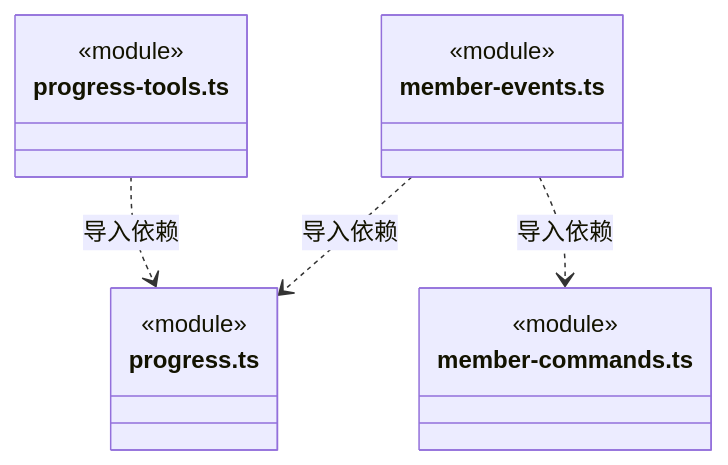
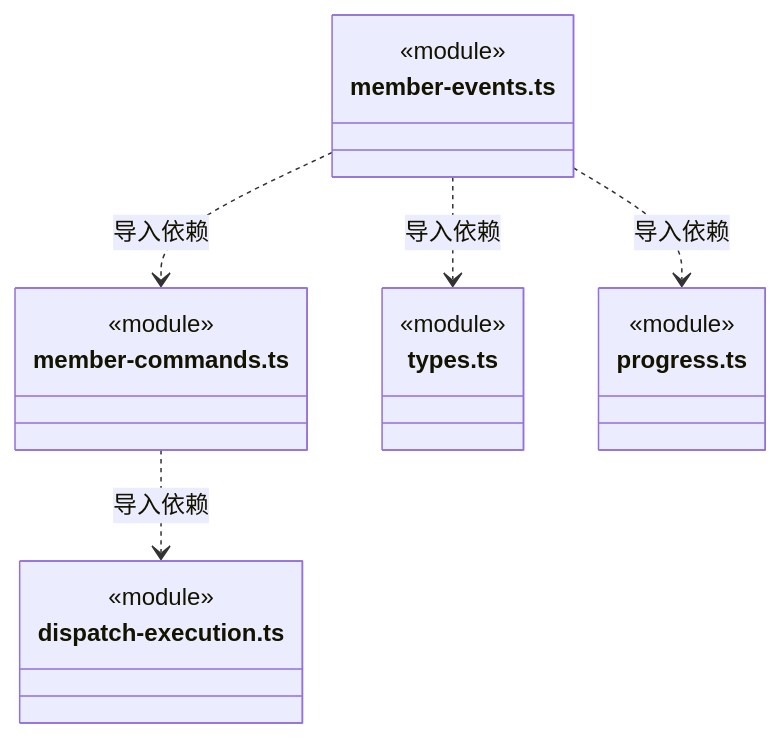
Before and after one commit to nan023062/cbim: diagram 35 of 38 in src/backend/core/tasks/ARCHITECTURE.md, drawn with Mermaid. The commit also changed other lines of this file and 36 other files, not shown here.

````diff
--- a/src/backend/core/tasks/ARCHITECTURE.md
+++ b/src/backend/core/tasks/ARCHITECTURE.md
@@ -849,18 +908,22 @@
 ```mermaid
 classDiagram
+class N_src_backend_core_tasks_member_commands_ts["member-commands.ts"] {
+  <<module>>
+}
+class N_src_backend_core_tasks_dispatch_execution_ts["dispatch-execution.ts"] {
+  <<module>>
+}
 class N_src_backend_core_tasks_member_events_ts["member-events.ts"] {
+  <<module>>
+}
+class N_src_backend_core_tasks_types_ts["types.ts"] {
   <<module>>
 }
 class N_src_backend_core_tasks_progress_ts["progress.ts"] {
   <<module>>
 }
-class N_src_backend_core_tasks_member_commands_ts["member-commands.ts"] {
-  <<module>>
-}
-class N_src_backend_core_tasks_progress_tools_ts["progress-tools.ts"] {
-  <<module>>
-}
+N_src_backend_core_tasks_member_commands_ts ..> N_src_backend_core_tasks_dispatch_execution_ts : 导入依赖
+N_src_backend_core_tasks_member_events_ts ..> N_src_backend_core_tasks_types_ts : 导入依赖
 N_src_backend_core_tasks_member_events_ts ..> N_src_backend_core_tasks_progress_ts : 导入依赖
 N_src_backend_core_tasks_member_events_ts ..> N_src_backend_core_tasks_member_commands_ts : 导入依赖
-N_src_backend_core_tasks_progress_tools_ts ..> N_src_backend_core_tasks_progress_ts : 导入依赖
 ```
````
